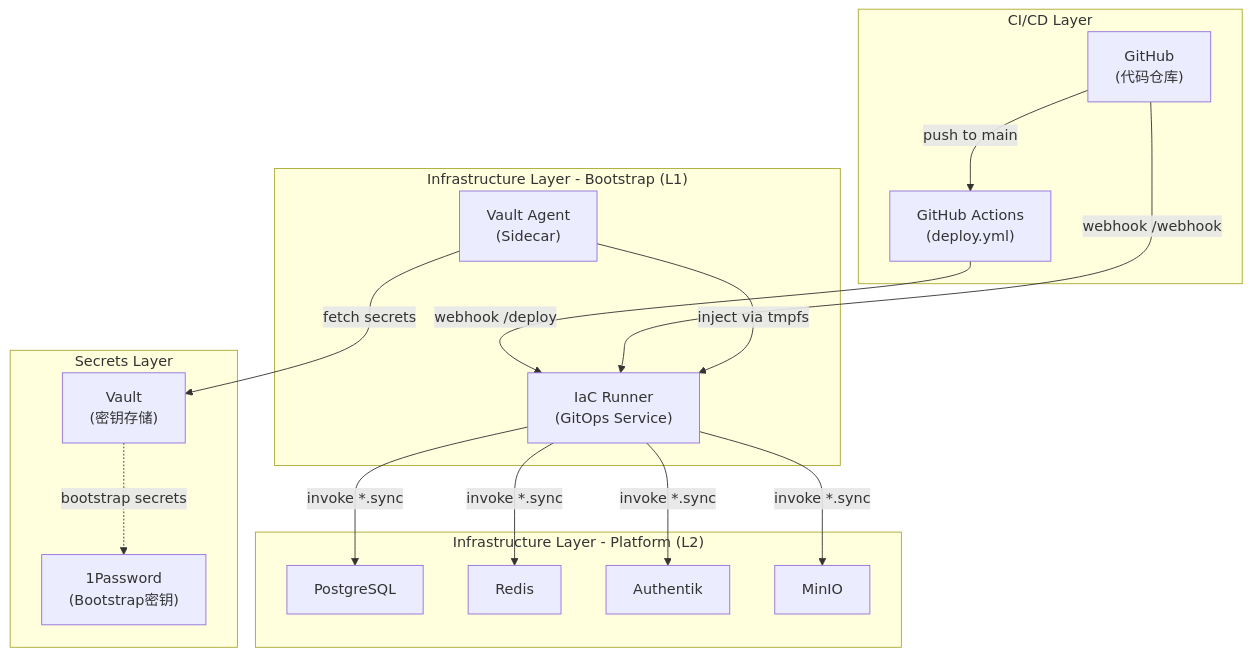
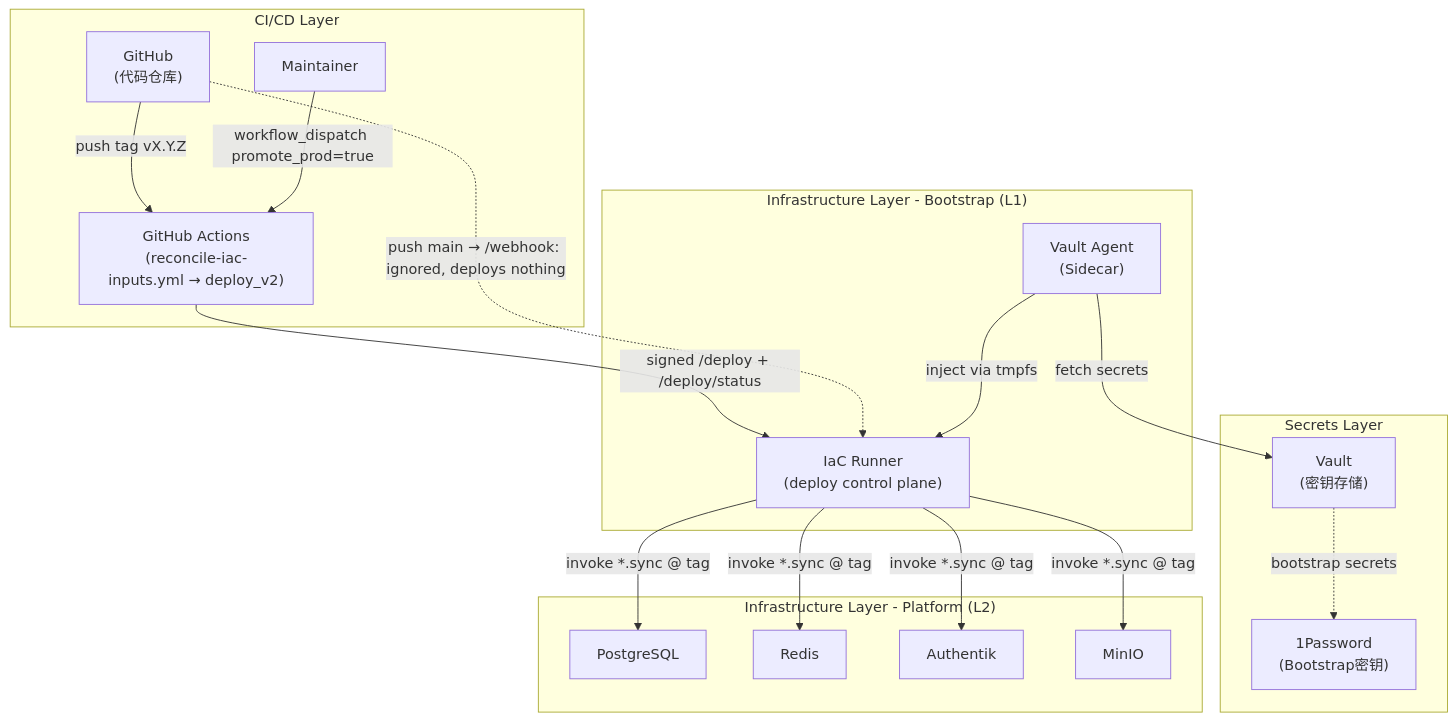
The first of 2 diagrams in docs/ssot/bootstrap.iac_runner.md (wangzitian0/infra2), drawn with Mermaid before and after one commit. The commit also changed other lines of this file and 18 other files, not shown here.

First line of the commit message:
docs: retire the merge-to-main deploy story; archive completed projects (#713 batch B)

````diff
--- a/docs/ssot/bootstrap.iac_runner.md
+++ b/docs/ssot/bootstrap.iac_runner.md
@@ -43,38 +50,40 @@
 ```mermaid
 flowchart TB
     subgraph "Secrets Layer"
         Vault["Vault<br/>(密钥存储)"]
         1P["1Password<br/>(Bootstrap密钥)"]
     end
 
     subgraph "CI/CD Layer"
         GitHub["GitHub<br/>(代码仓库)"]
-        Actions["GitHub Actions<br/>(deploy.yml)"]
+        Maintainer["Maintainer"]
+        Reconcile["GitHub Actions<br/>(reconcile-iac-inputs.yml → deploy_v2)"]
     end
 
     subgraph "Infrastructure Layer - Bootstrap (L1)"
-        IaCRunner["IaC Runner<br/>(GitOps Service)"]
+        IaCRunner["IaC Runner<br/>(deploy control plane)"]
         VaultAgent["Vault Agent<br/>(Sidecar)"]
     end
 
     subgraph "Infrastructure Layer - Platform (L2)"
         Postgres["PostgreSQL"]
         Redis["Redis"]
         Authentik["Authentik"]
         MinIO["MinIO"]
     end
 
-    GitHub -->|push to main| Actions
-    Actions -->|webhook /deploy| IaCRunner
-    GitHub -->|webhook /webhook| IaCRunner
-    
+    GitHub -->|push tag vX.Y.Z| Reconcile
+    Maintainer -->|workflow_dispatch promote_prod=true| Reconcile
+    Reconcile -->|signed /deploy + /deploy/status| IaCRunner
+    GitHub -.->|push main → /webhook: ignored, deploys nothing| IaCRunner
+
     VaultAgent -->|fetch secrets| Vault
     VaultAgent -->|inject via tmpfs| IaCRunner
-    
-    IaCRunner -->|invoke *.sync| Postgres
-    IaCRunner -->|invoke *.sync| Redis
-    IaCRunner -->|invoke *.sync| Authentik
-    IaCRunner -->|invoke *.sync| MinIO
-    
+
+    IaCRunner -->|invoke *.sync @ tag| Postgres
+    IaCRunner -->|invoke *.sync @ tag| Redis
+    IaCRunner -->|invoke *.sync @ tag| Authentik
+    IaCRunner -->|invoke *.sync @ tag| MinIO
+
     Vault -.->|bootstrap secrets| 1P
 ```
````
